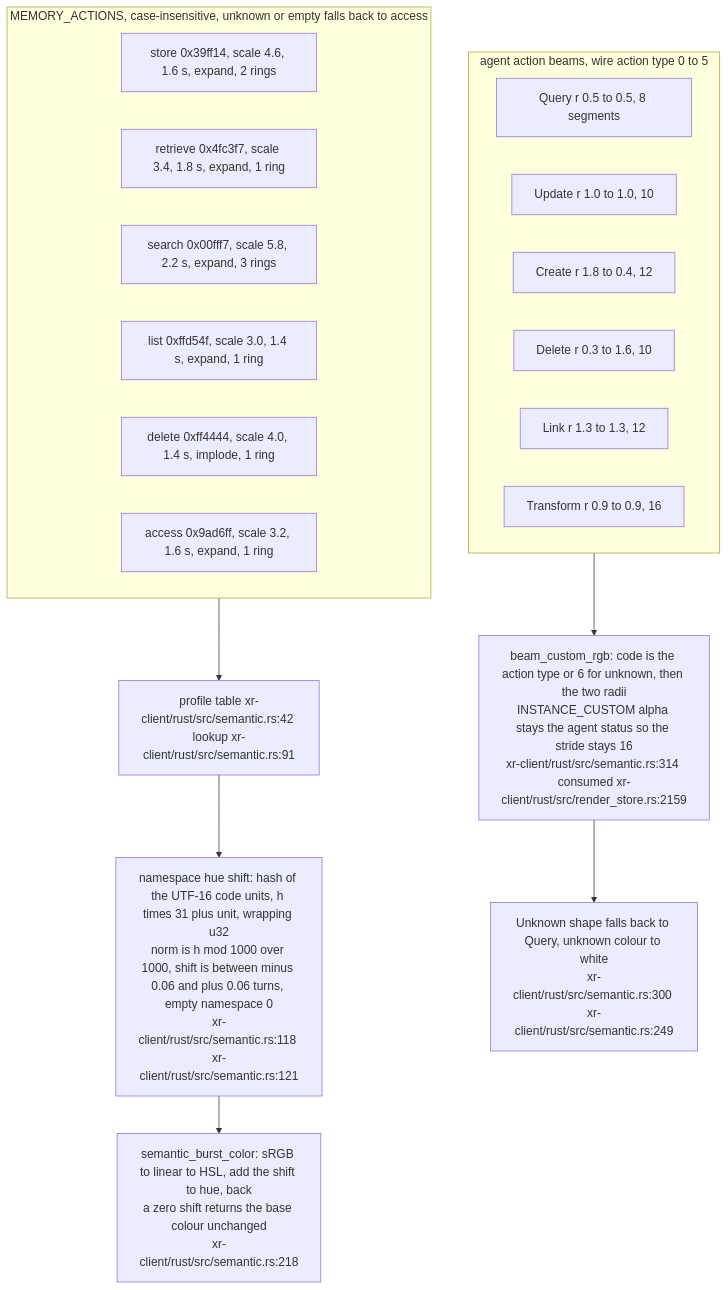
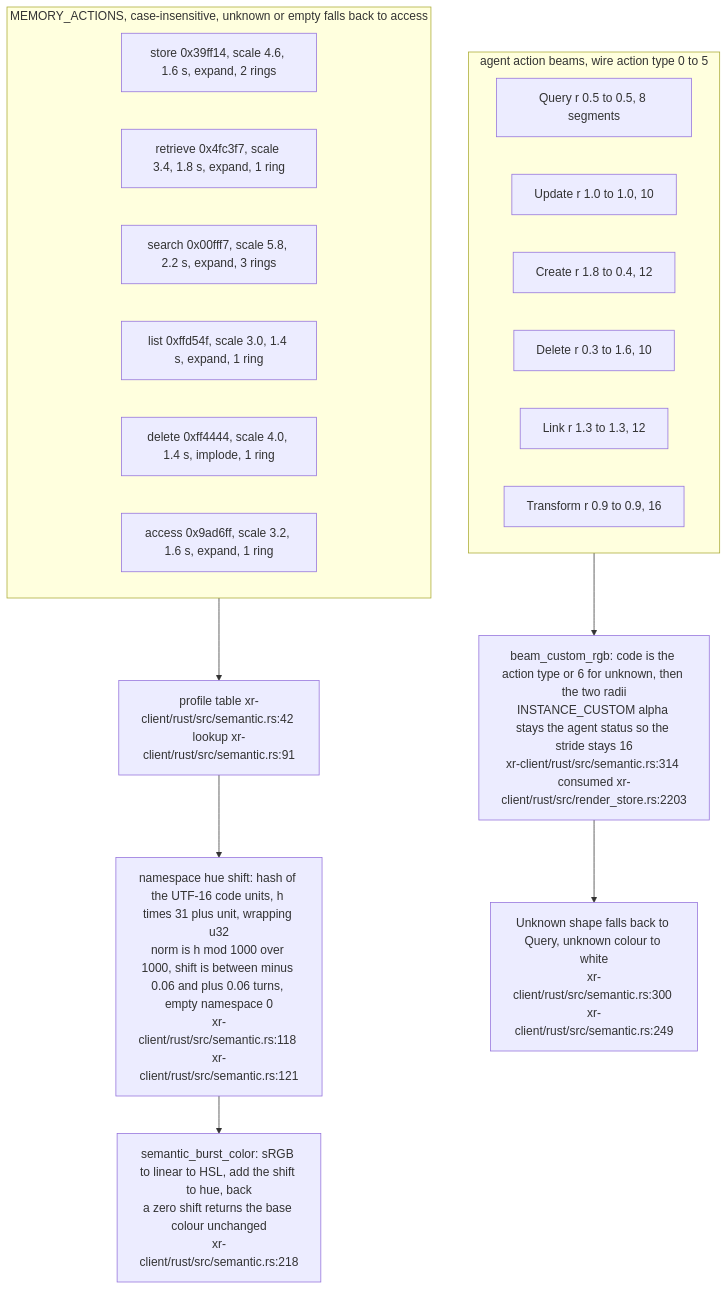
Diagram 19 of 19 in docs/diagrams/visionclaw/38-xr-memory-cloud-internals.md (DreamLab-AI/VisionFlow), drawn with Mermaid before and after one commit. The commit also changed other lines of this file and 56 other files, not shown here.

First line of the commit message:
docs(diagrams): re-verify VisionClaw topics at ec785afa9, add VC-19/56/57 and the VisionClaw register

````diff
--- a/docs/diagrams/visionclaw/38-xr-memory-cloud-internals.md
+++ b/docs/diagrams/visionclaw/38-xr-memory-cloud-internals.md
@@ -710,27 +710,27 @@
 ```mermaid
 flowchart TB
     subgraph verbs["MEMORY_ACTIONS, case-insensitive, unknown or empty falls back to access"]
         V0["store 0x39ff14, scale 4.6, 1.6 s, expand, 2 rings"]
         V1["retrieve 0x4fc3f7, scale 3.4, 1.8 s, expand, 1 ring"]
         V2["search 0x00fff7, scale 5.8, 2.2 s, expand, 3 rings"]
         V3["list 0xffd54f, scale 3.0, 1.4 s, expand, 1 ring"]
         V4["delete 0xff4444, scale 4.0, 1.4 s, implode, 1 ring"]
         V5["access 0x9ad6ff, scale 3.2, 1.6 s, expand, 1 ring"]
     end
     SRC["profile table xr-client/rust/src/semantic.rs:42 lookup xr-client/rust/src/semantic.rs:91"]
     HUE["namespace hue shift: hash of the UTF-16 code units, h times 31 plus unit, wrapping u32<br/>norm is h mod 1000 over 1000, shift is between minus 0.06 and plus 0.06 turns, empty namespace 0<br/>xr-client/rust/src/semantic.rs:118 xr-client/rust/src/semantic.rs:121"]
     COL["semantic_burst_color: sRGB to linear to HSL, add the shift to hue, back<br/>a zero shift returns the base colour unchanged<br/>xr-client/rust/src/semantic.rs:218"]
     subgraph beams["agent action beams, wire action type 0 to 5"]
         B0["Query r 0.5 to 0.5, 8 segments"]
         B1["Update r 1.0 to 1.0, 10"]
         B2["Create r 1.8 to 0.4, 12"]
         B3["Delete r 0.3 to 1.6, 10"]
         B4["Link r 1.3 to 1.3, 12"]
         B5["Transform r 0.9 to 0.9, 16"]
     end
-    BEAM["beam_custom_rgb: code is the action type or 6 for unknown, then the two radii<br/>INSTANCE_CUSTOM alpha stays the agent status so the stride stays 16<br/>xr-client/rust/src/semantic.rs:314 consumed xr-client/rust/src/render_store.rs:2159"]
+    BEAM["beam_custom_rgb: code is the action type or 6 for unknown, then the two radii<br/>INSTANCE_CUSTOM alpha stays the agent status so the stride stays 16<br/>xr-client/rust/src/semantic.rs:314 consumed xr-client/rust/src/render_store.rs:2203"]
     verbs --> SRC --> HUE --> COL
     beams --> BEAM
     N1["Unknown shape falls back to Query, unknown colour to white<br/>xr-client/rust/src/semantic.rs:300 xr-client/rust/src/semantic.rs:249"]
     BEAM --> N1
 ```
````
